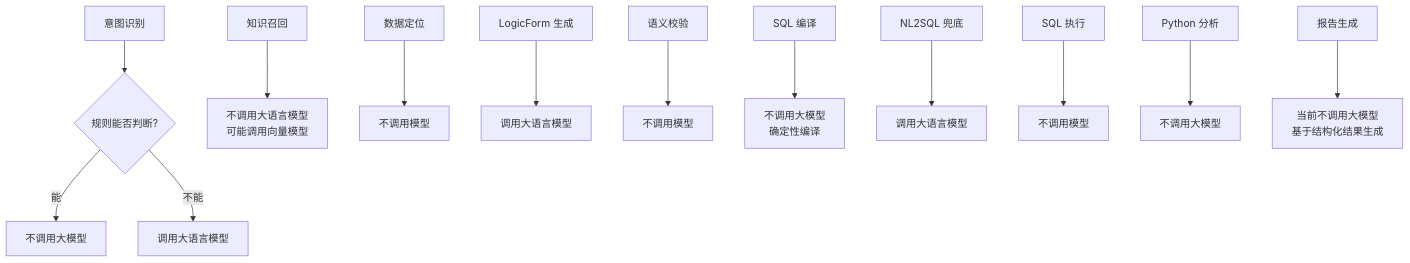
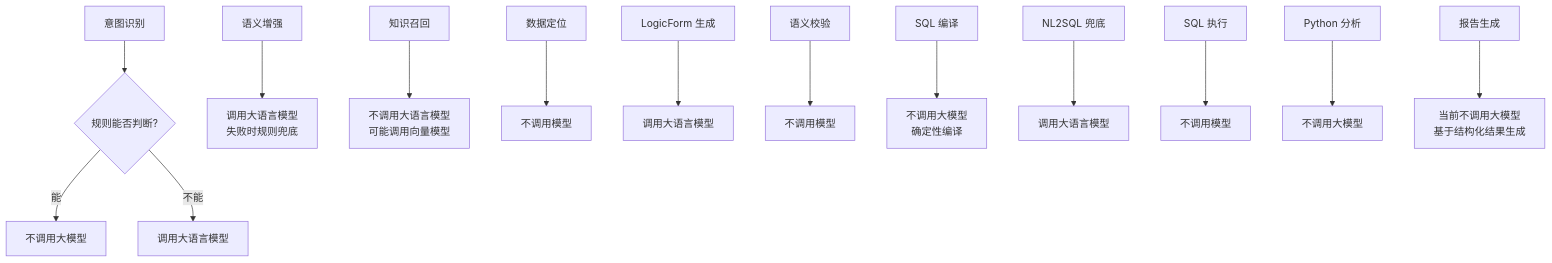
Before and after one commit to TtonyLiang/data-agent: the fourth of 6 diagrams in docs/project-design.md, drawn with Mermaid. The commit also changed other lines of this file and 20 other files, not shown here.

````diff
--- a/docs/project-design.md
+++ b/docs/project-design.md
@@ -112,16 +114,17 @@
 ```mermaid
 flowchart TD
   A["意图识别"] --> A1{"规则能否判断?"}
   A1 -->|能| A2["不调用大模型"]
   A1 -->|不能| A3["调用大语言模型"]
 
-  B["知识召回"] --> B1["不调用大语言模型<br/>可能调用向量模型"]
-  C["数据定位"] --> C1["不调用模型"]
-  D["LogicForm 生成"] --> D1["调用大语言模型"]
-  E["语义校验"] --> E1["不调用模型"]
-  F["SQL 编译"] --> F1["不调用大模型<br/>确定性编译"]
-  G["NL2SQL 兜底"] --> G1["调用大语言模型"]
-  H["SQL 执行"] --> H1["不调用模型"]
-  I["Python 分析"] --> I1["不调用大模型"]
-  J["报告生成"] --> J1["当前不调用大模型<br/>基于结构化结果生成"]
+  B["语义增强"] --> B1["调用大语言模型<br/>失败时规则兜底"]
+  C["知识召回"] --> C1["不调用大语言模型<br/>可能调用向量模型"]
+  D["数据定位"] --> D1["不调用模型"]
+  E["LogicForm 生成"] --> E1["调用大语言模型"]
+  F["语义校验"] --> F1["不调用模型"]
+  G["SQL 编译"] --> G1["不调用大模型<br/>确定性编译"]
+  H["NL2SQL 兜底"] --> H1["调用大语言模型"]
+  I["SQL 执行"] --> I1["不调用模型"]
+  J["Python 分析"] --> J1["不调用大模型"]
+  K["报告生成"] --> K1["当前不调用大模型<br/>基于结构化结果生成"]
 ```
````
